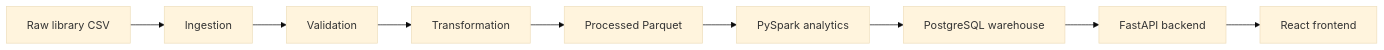
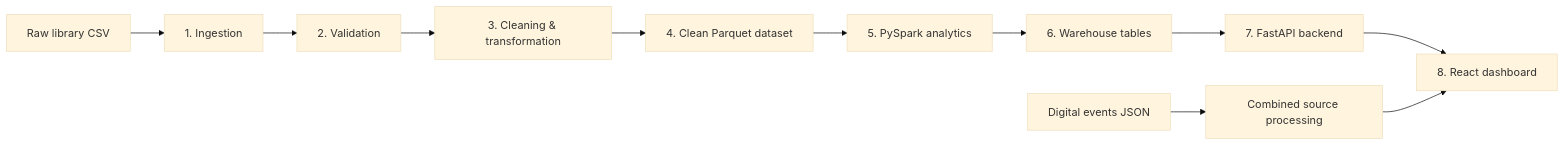
The diagram in README.md (priyal7119/LibraSight), drawn with Mermaid (base theme) before and after one commit. The commit also changed other lines of this file and 25 other files, not shown here.

````diff
--- a/README.md
+++ b/README.md
@@ -84,11 +111,13 @@
 ```mermaid
 flowchart LR
-    RAW[Raw library CSV] --> INGEST[Ingestion]
-    INGEST --> VALIDATE[Validation]
-    VALIDATE --> TRANSFORM[Transformation]
-    TRANSFORM --> PARQUET[Processed Parquet]
-    PARQUET --> SPARK[PySpark analytics]
-    SPARK --> DB[PostgreSQL warehouse]
-    DB --> API[FastAPI backend]
-    API --> UI[React frontend]
+    RAW[Raw library CSV] --> INGEST[1. Ingestion]
+    JSON[Digital events JSON] --> MERGE[Combined source processing]
+    INGEST --> VALIDATE[2. Validation]
+    VALIDATE --> CLEAN[3. Cleaning & transformation]
+    CLEAN --> PARQUET[4. Clean Parquet dataset]
+    PARQUET --> SPARK[5. PySpark analytics]
+    SPARK --> WAREHOUSE[6. Warehouse tables]
+    WAREHOUSE --> API[7. FastAPI backend]
+    API --> DASHBOARD[8. React dashboard]
+    MERGE --> DASHBOARD
 ```
````
